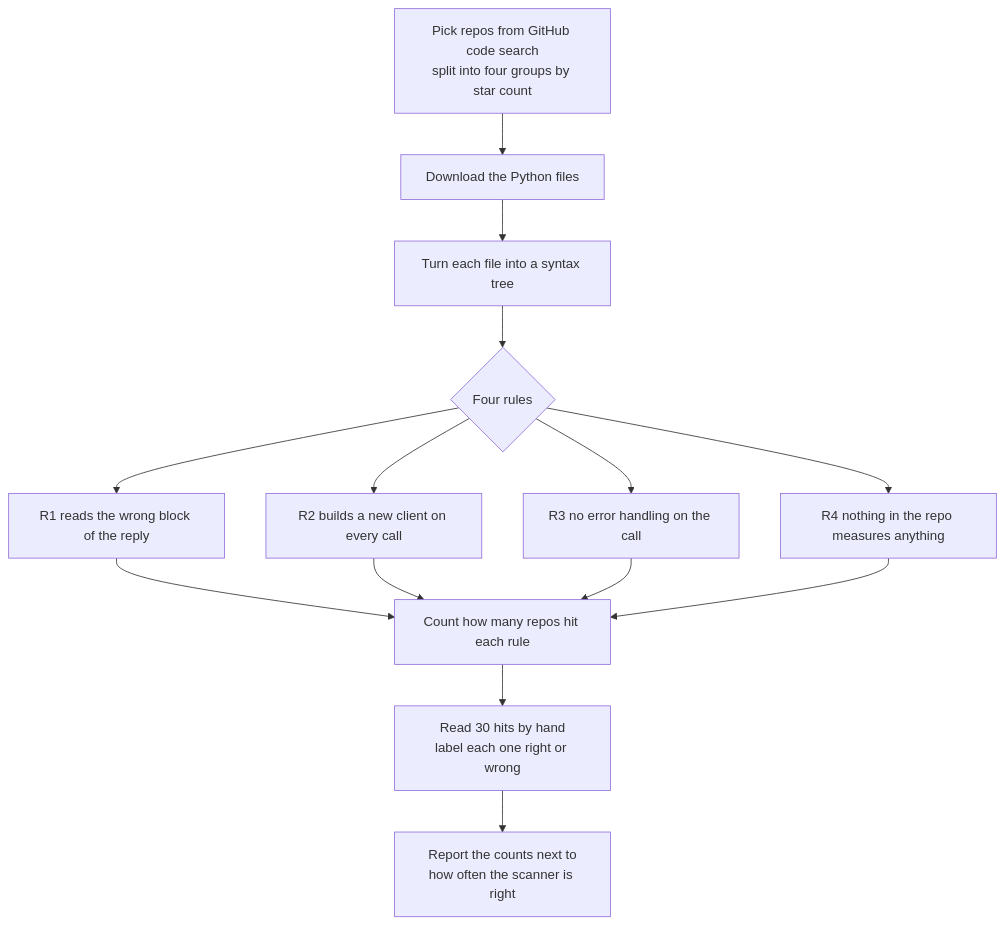
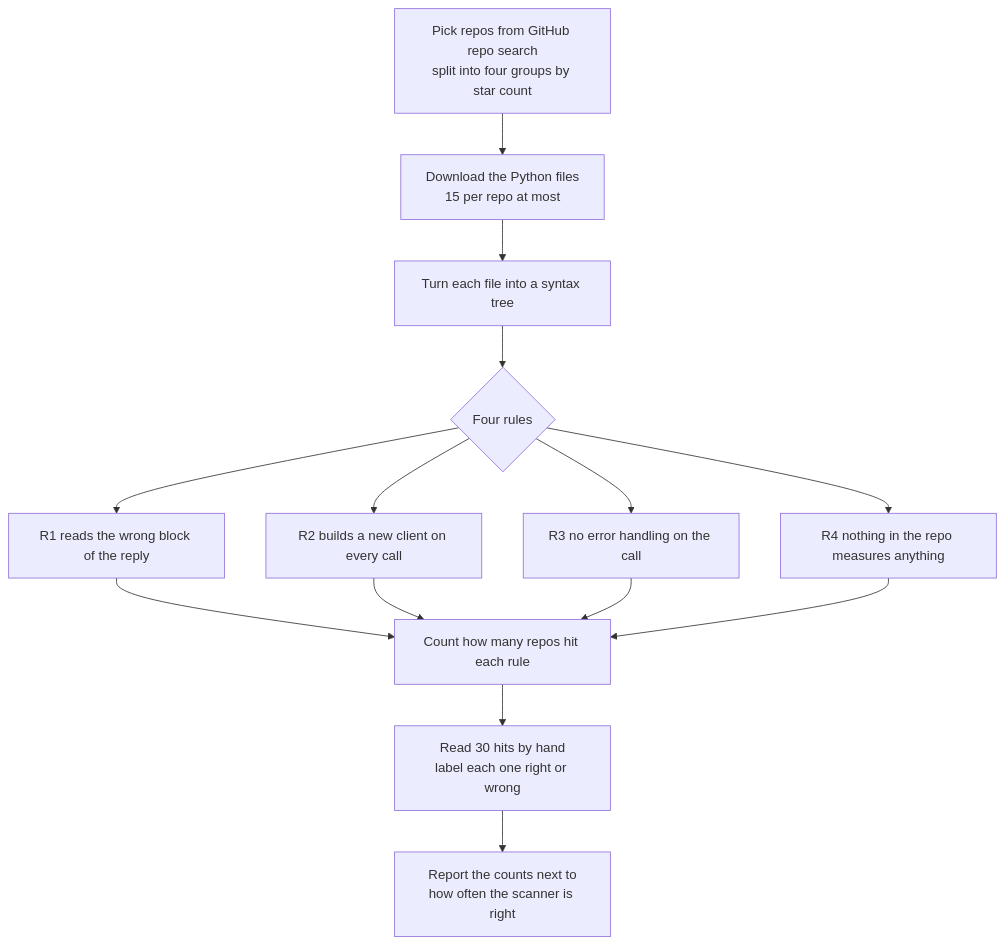
Before and after one commit to vaishalizilpe/llm-code-audit: the diagram in README.md, drawn with Mermaid. The commit also changed other lines of this file and 4 other files, not shown here.

````diff
--- a/README.md
+++ b/README.md
@@ -9,16 +9,16 @@
 ```mermaid
 flowchart TD
-    A[Pick repos from GitHub code search<br/>split into four groups by star count] --> B[Download the Python files]
+    A[Pick repos from GitHub repo search<br/>split into four groups by star count] --> B[Download the Python files<br/>15 per repo at most]
     B --> C[Turn each file into a syntax tree]
     C --> D{Four rules}
     D --> R1[R1 reads the wrong block of the reply]
     D --> R2[R2 builds a new client on every call]
     D --> R3[R3 no error handling on the call]
     D --> R4[R4 nothing in the repo measures anything]
     R1 --> E[Count how many repos hit each rule]
     R2 --> E
     R3 --> E
     R4 --> E
     E --> F[Read 30 hits by hand<br/>label each one right or wrong]
     F --> G[Report the counts next to<br/>how often the scanner is right]
 ```
````
